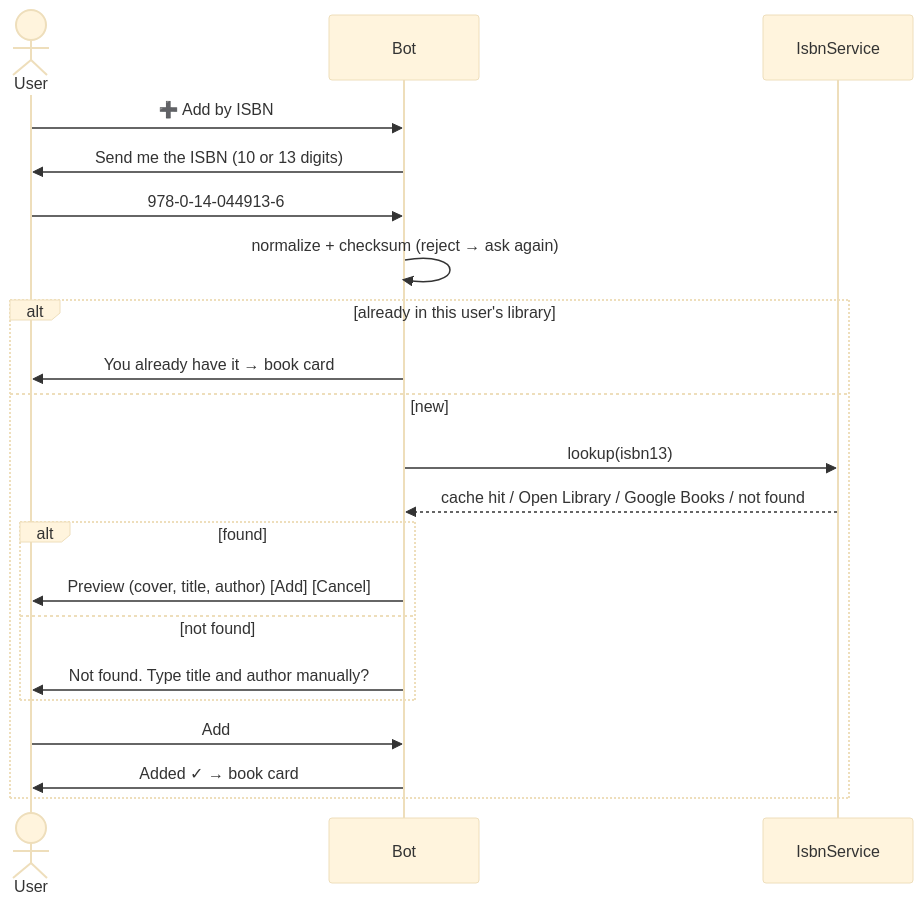
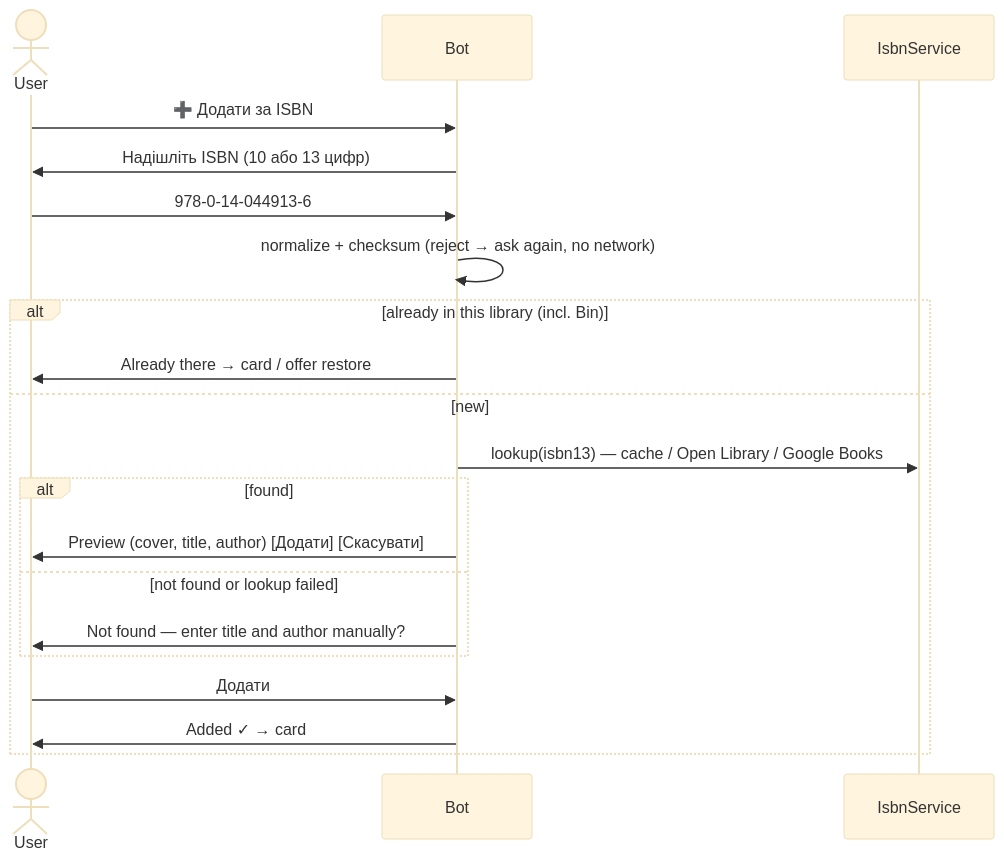
Before and after one commit to Nazarkon/telegram-booking-bot: the fourth of 4 diagrams in nimbalyst-local/plans/telegram-book-library-bot.md, drawn with Mermaid (base theme). The commit also changed other lines of this file, not shown here.

First line of the commit message:
docs: align plan with library, invite and Bin model in AGENTS.md

````diff
--- a/nimbalyst-local/plans/telegram-book-library-bot.md
+++ b/nimbalyst-local/plans/telegram-book-library-bot.md
@@ -145,23 +271,22 @@
 ```mermaid
 sequenceDiagram
   actor U as User
   participant B as Bot
   participant I as IsbnService
-  U->>B: ➕ Add by ISBN
-  B->>U: Send me the ISBN (10 or 13 digits)
+  U->>B: ➕ Додати за ISBN
+  B->>U: Надішліть ISBN (10 або 13 цифр)
   U->>B: 978-0-14-044913-6
-  B->>B: normalize + checksum (reject → ask again)
-  alt already in this user's library
-    B->>U: You already have it → book card
+  B->>B: normalize + checksum (reject → ask again, no network)
+  alt already in this library (incl. Bin)
+    B->>U: Already there → card / offer restore
   else new
-    B->>I: lookup(isbn13)
-    I-->>B: cache hit / Open Library / Google Books / not found
+    B->>I: lookup(isbn13) — cache / Open Library / Google Books
     alt found
-      B->>U: Preview (cover, title, author) [Add] [Cancel]
-    else not found
-      B->>U: Not found. Type title and author manually?
+      B->>U: Preview (cover, title, author) [Додати] [Скасувати]
+    else not found or lookup failed
+      B->>U: Not found — enter title and author manually?
     end
-    U->>B: Add
-    B->>U: Added ✓ → book card
+    U->>B: Додати
+    B->>U: Added ✓ → card
   end
 ```
````
